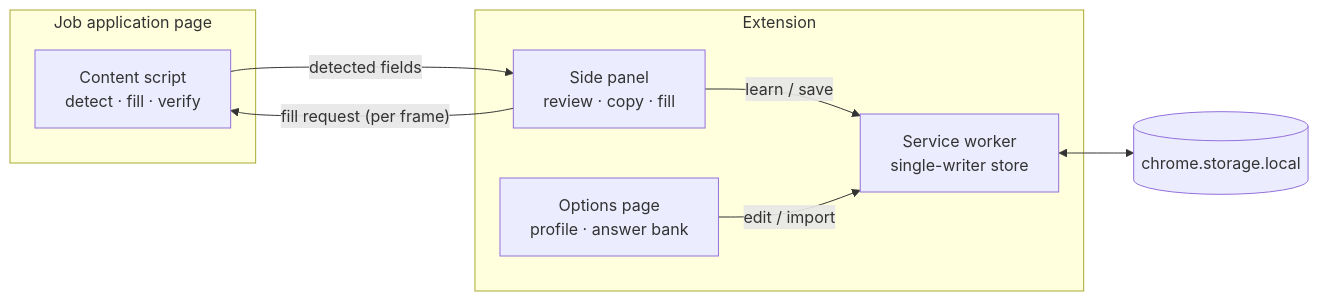
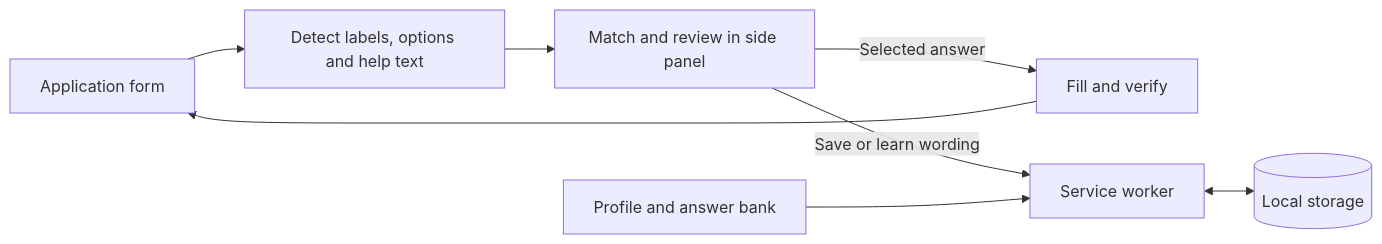
The diagram in README.md (AkoSuminoe/application-autofill), drawn with Mermaid before and after one commit. The commit also changed other lines of this file and 26 other files, not shown here.

````diff
--- a/README.md
+++ b/README.md
@@ -63,18 +148,10 @@
 ```mermaid
 flowchart LR
-    subgraph Page["Job application page"]
-        CS["Content script<br/>detect · fill · verify"]
-    end
-    subgraph Ext["Extension"]
-        SP["Side panel<br/>review · copy · fill"]
-        SW["Service worker<br/>single-writer store"]
-        OP["Options page<br/>profile · answer bank"]
-    end
-    DB[("chrome.storage.local")]
-
-    CS -- "detected fields" --> SP
-    SP -- "fill request (per frame)" --> CS
-    SP -- "learn / save" --> SW
-    OP -- "edit / import" --> SW
-    SW <--> DB
+    Form["Application form"] --> Detect["Detect labels, options and help text"]
+    Detect --> Panel["Match and review in side panel"]
+    Panel -->|"Selected answer"| Fill["Fill and verify"]
+    Fill --> Form
+    Panel -->|"Save or learn wording"| Worker["Service worker"]
+    Options["Profile and answer bank"] --> Worker
+    Worker <--> Bank[("Local storage")]
 ```
````
